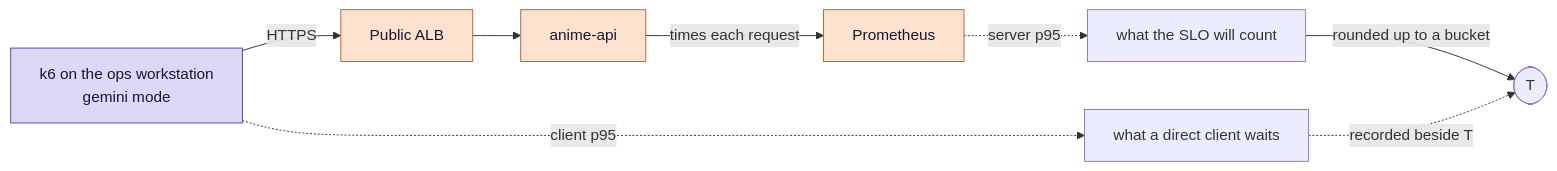
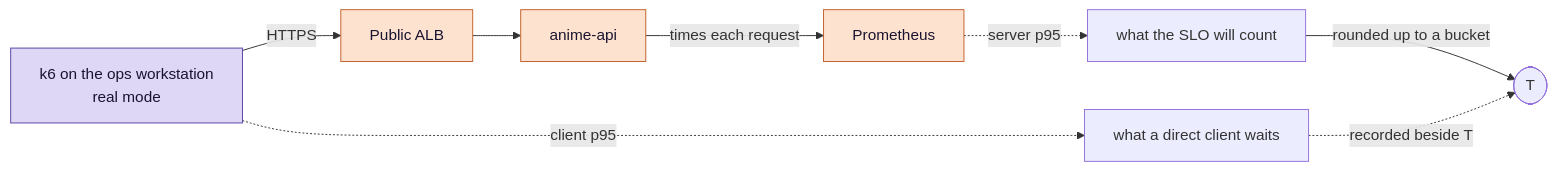
One commit to biabeogo147/Anime-Recommender changed the first of 3 diagrams in docs/4-load/README.md. Above: the diagram before and after it, drawn with Mermaid. The commit also changed other lines of this file and 30 other files, not shown here.

````diff
--- a/docs/4-load/README.md
+++ b/docs/4-load/README.md
@@ -48,14 +48,14 @@
 ```mermaid
 flowchart LR
-    WS["k6 on the ops workstation<br/>gemini mode"] -->|"HTTPS"| ALB["Public ALB"] --> API["anime-api"]
+    WS["k6 on the ops workstation<br/>real mode"] -->|"HTTPS"| ALB["Public ALB"] --> API["anime-api"]
     API -->|"times each request"| PROM["Prometheus"]
     WS -.->|"client p95"| K6P["what a direct client waits"]
     PROM -.->|"server p95"| SRV["what the SLO will count"]
     SRV -->|"rounded up to a bucket"| T(["T"])
     K6P -.->|"recorded beside T"| T
 
     classDef tf fill:#ded7f5,stroke:#5b43a8,color:#1b1430;
     classDef argo fill:#fde3cf,stroke:#c2602a,color:#1b1430;
     class WS tf
     class ALB,API,PROM argo
 ```
````
